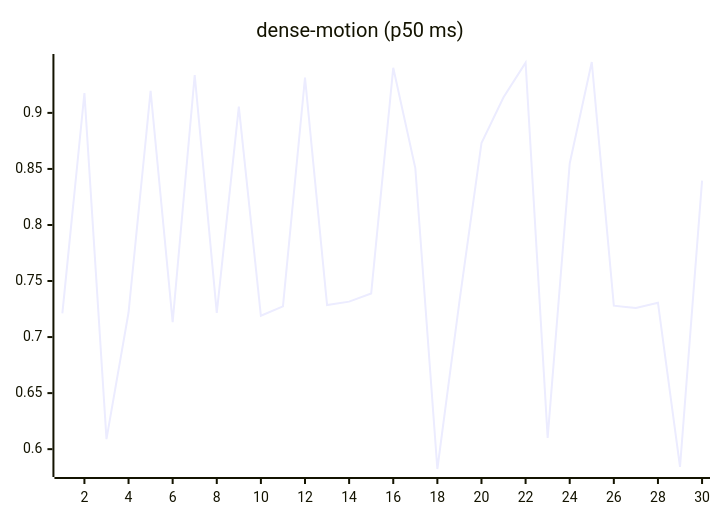
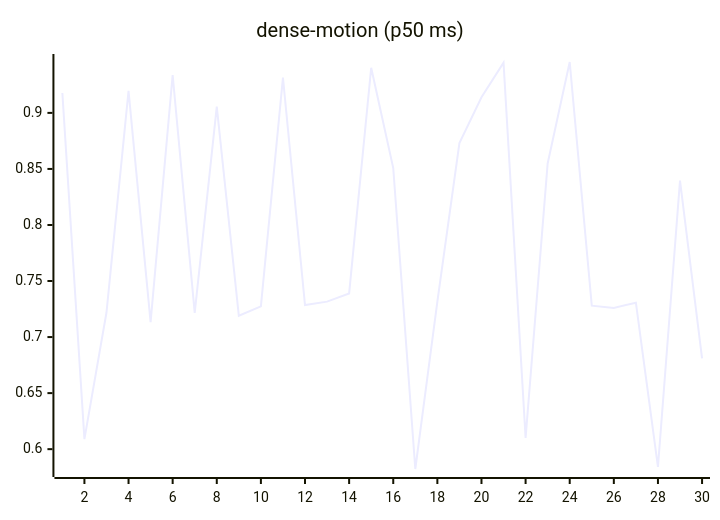
The ninth of 27 diagrams in README.md (josha/Facet), drawn with Mermaid before and after one commit. The commit also changed other lines of this file and 2 other files, not shown here.

````diff
--- a/README.md
+++ b/README.md
@@ -119,6 +119,6 @@
 ```mermaid
 xychart-beta
     title "dense-motion (p50 ms)"
     x-axis 1 --> 30
-    line [0.7211, 0.9177, 0.6090, 0.7219, 0.9196, 0.7134, 0.9338, 0.7216, 0.9055, 0.7190, 0.7274, 0.9314, 0.7286, 0.7316, 0.7389, 0.9402, 0.8508, 0.5823, 0.7317, 0.8731, 0.9139, 0.9448, 0.6101, 0.8549, 0.9454, 0.7280, 0.7259, 0.7307, 0.5841, 0.8396]
+    line [0.9177, 0.6090, 0.7219, 0.9196, 0.7134, 0.9338, 0.7216, 0.9055, 0.7190, 0.7274, 0.9314, 0.7286, 0.7316, 0.7389, 0.9402, 0.8508, 0.5823, 0.7317, 0.8731, 0.9139, 0.9448, 0.6101, 0.8549, 0.9454, 0.7280, 0.7259, 0.7307, 0.5841, 0.8396, 0.6811]
 ```
````
